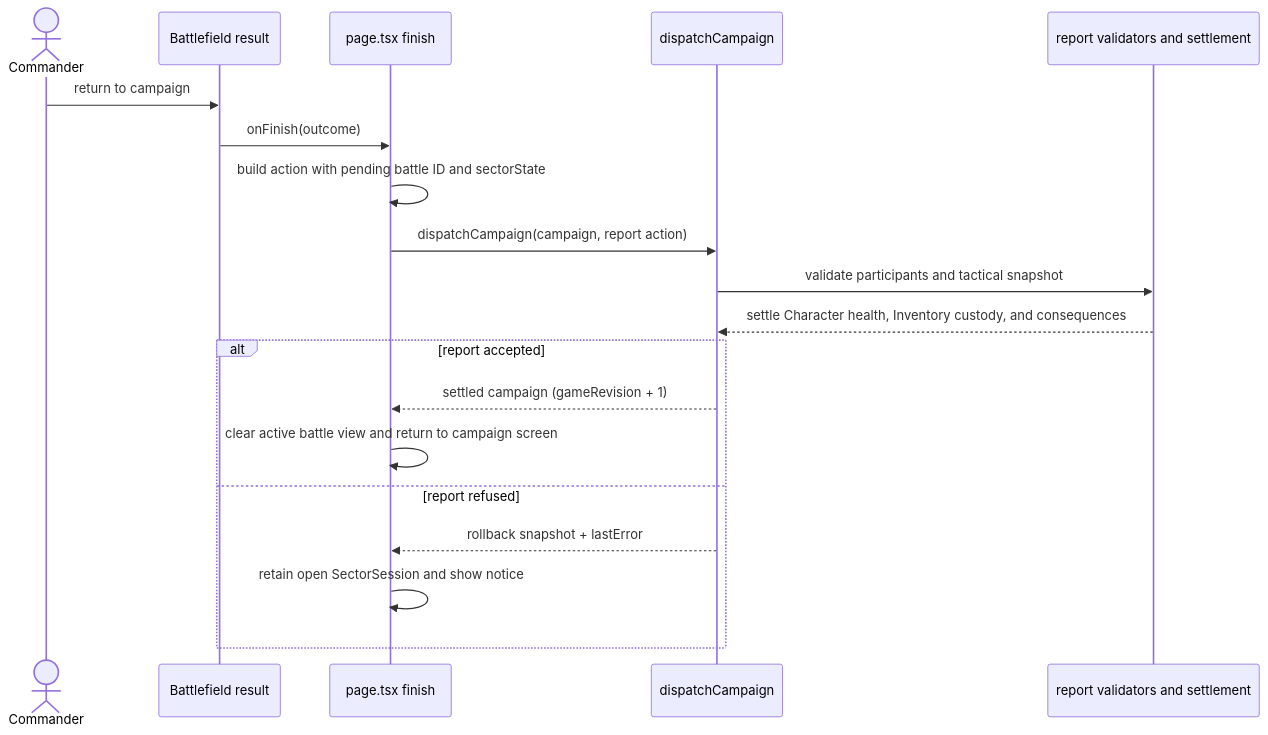
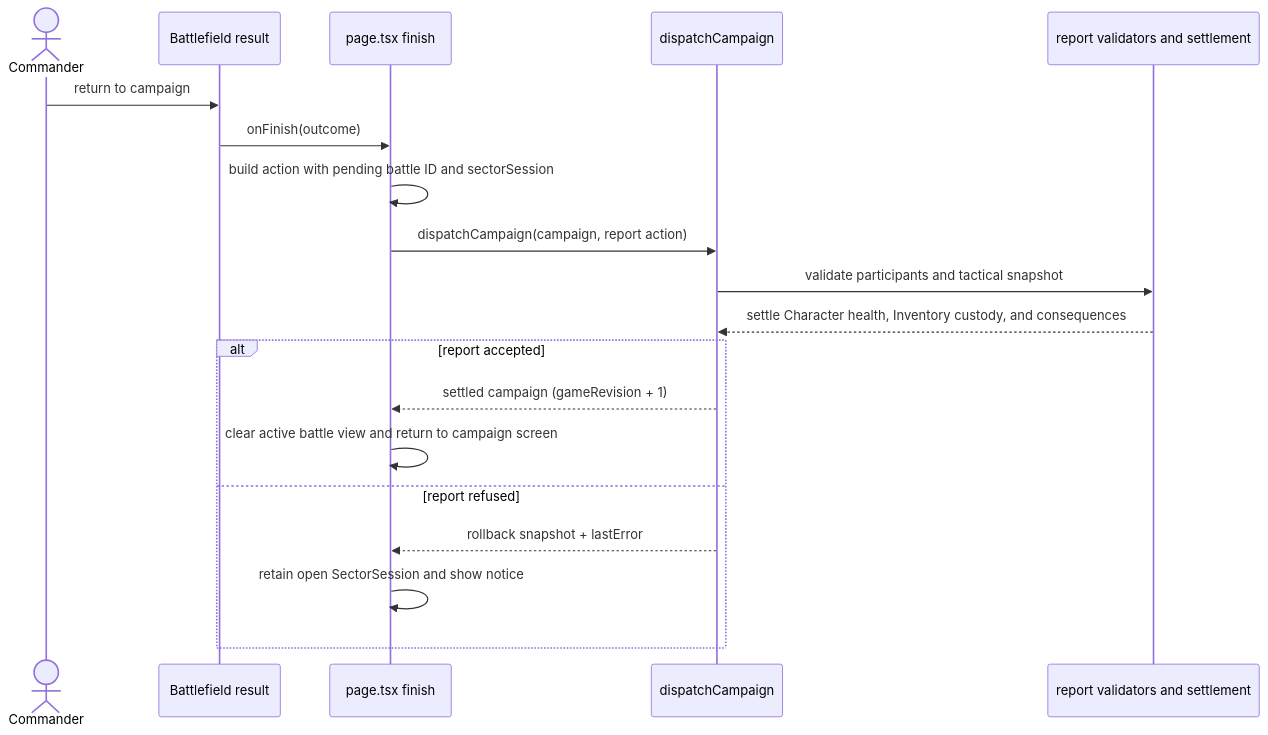
The second of 2 diagrams in docs/architecture/use-cases/strategic.md (fsodano/granaderos), drawn with Mermaid before and after one commit. The commit also changed other lines of this file and 34 other files, not shown here.

Commit message:
refactor: name the sector view request property sectorSession

````diff
--- a/docs/architecture/use-cases/strategic.md
+++ b/docs/architecture/use-cases/strategic.md
@@ -130,21 +130,21 @@
 ```mermaid
 sequenceDiagram
   actor Commander
   participant BF as Battlefield result
   participant H as page.tsx finish
   participant C as dispatchCampaign
   participant S as report validators and settlement
   Commander->>BF: return to campaign
   BF->>H: onFinish(outcome)
-  H->>H: build action with pending battle ID and sectorState
+  H->>H: build action with pending battle ID and sectorSession
   H->>C: dispatchCampaign(campaign, report action)
   C->>S: validate participants and tactical snapshot
   S-->>C: settle Character health, Inventory custody, and consequences
   alt report accepted
     C-->>H: settled campaign (gameRevision + 1)
     H->>H: clear active battle view and return to campaign screen
   else report refused
     C-->>H: rollback snapshot + lastError
     H->>H: retain open SectorSession and show notice
   end
 ```
````
